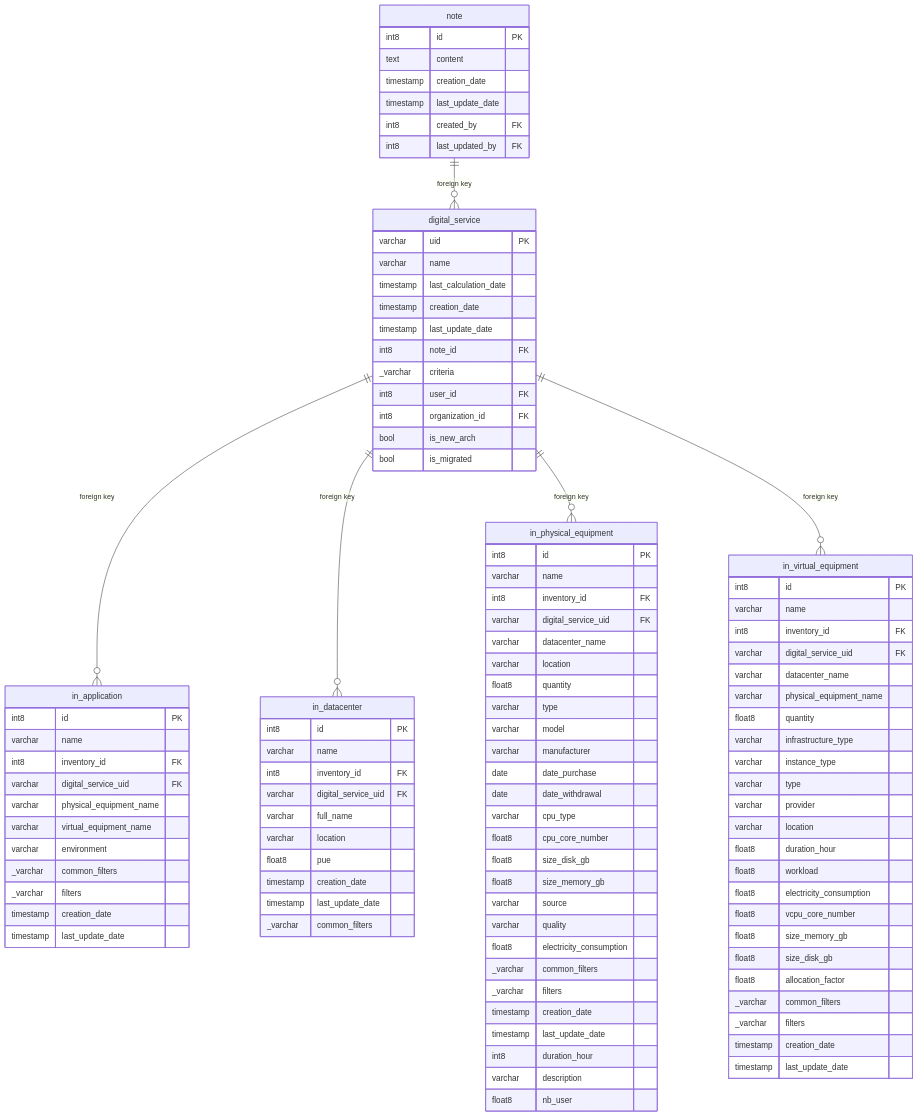
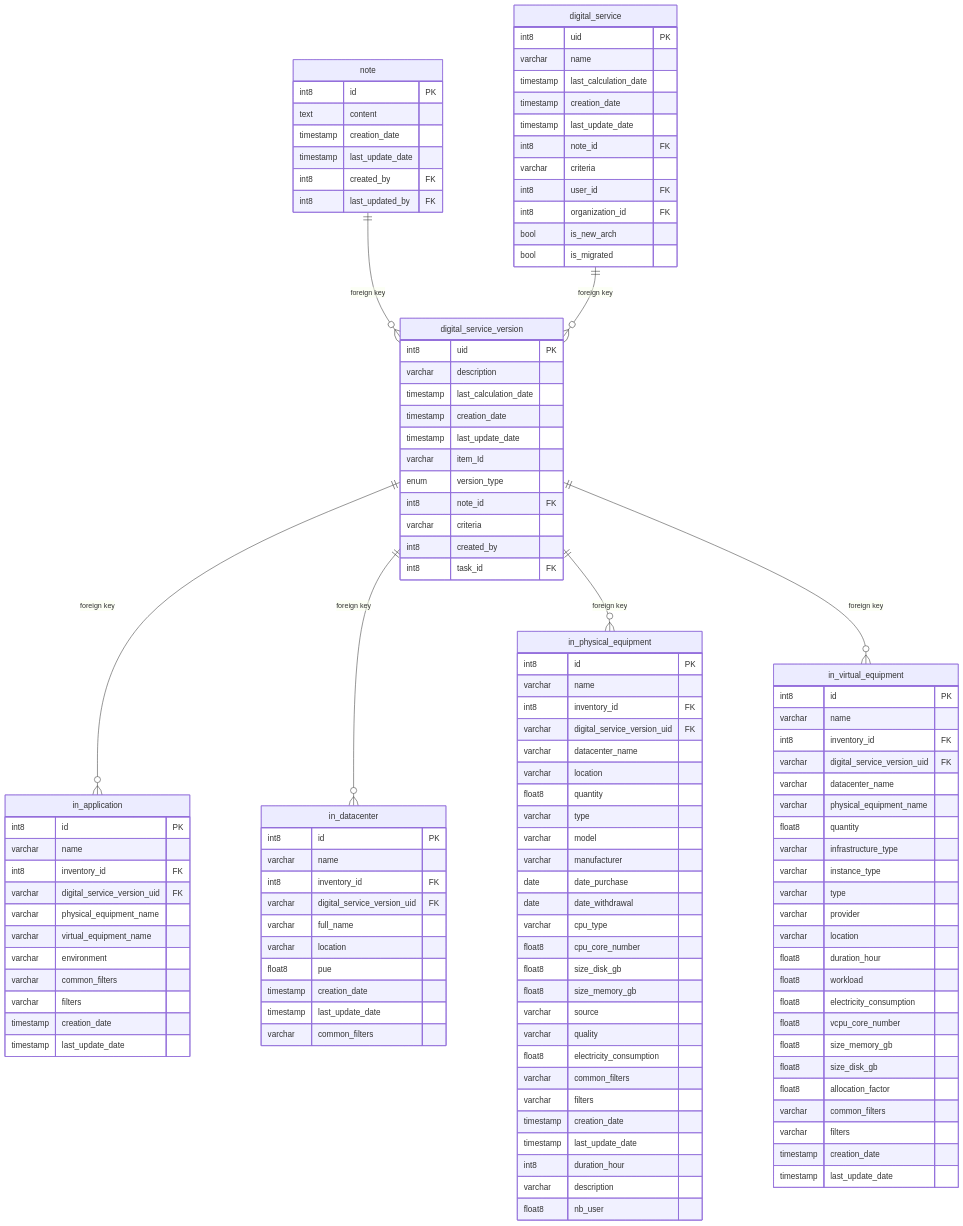
The diagram in services/documentation/content/3-technical-documentation/4-backend_documentation/db_documentation/information_system_and_digital_service_input_data/digital_service_input_data/input.md (teamg4it/g4it), drawn with Mermaid before and after one commit. The commit also changed other lines of this file and 4 other files, not shown here.

Commit message:
feat/1645 update the db input tables for digital service

````diff
--- a/services/documentation/content/3-technical-documentation/4-backend_documentation/db_documentation/information_system_and_digital_service_input_data/digital_service_input_data/input.md
+++ b/services/documentation/content/3-technical-documentation/4-backend_documentation/db_documentation/information_system_and_digital_service_input_data/digital_service_input_data/input.md
@@ -8,108 +8,123 @@
 ```mermaid
-erDiagram 
+erDiagram
 
-  note {
-    int8 id PK
-    text content
-    timestamp creation_date
-    timestamp last_update_date
-    int8 created_by FK
-    int8 last_updated_by FK
-  }
-  digital_service {
-    varchar uid PK
-    varchar name
-    timestamp last_calculation_date
-    timestamp creation_date
-    timestamp last_update_date
-    int8 note_id FK
-    _varchar criteria
-    int8 user_id FK
-    int8 organization_id FK
-    bool is_new_arch
-    bool is_migrated
-  }
-  in_application {
+  note {     
+    int8 id PK     
+    text content     
+    timestamp creation_date     
+    timestamp last_update_date     
+    int8 created_by FK     
+    int8 last_updated_by FK   
+}
+  digital_service{     
+    int8 uid PK     
+    varchar name     
+    timestamp last_calculation_date     
+    timestamp creation_date     
+    timestamp last_update_date     
+    int8 note_id FK     
+    varchar criteria     
+    int8 user_id FK     
+    int8 organization_id FK     
+    bool is_new_arch     
+    bool is_migrated   
+}
+   
+  digital_service_version{     
+    int8 uid PK     
+    varchar description     
+    timestamp last_calculation_date     
+    timestamp creation_date     
+    timestamp last_update_date     
+    varchar item_Id     
+    enum version_type     
+    int8 note_id FK     
+    varchar criteria     
+    int8 created_by     
+    int8 task_id FK   
+}
+  in_application{     
+    int8 id PK     
+    varchar name     
+    int8 inventory_id FK     
+    varchar digital_service_version_uid FK     
+    varchar physical_equipment_name     
+    varchar virtual_equipment_name     
+    varchar environment     
+    varchar common_filters     
+    varchar filters     
+    timestamp creation_date     
+    timestamp last_update_date   
+}
+  in_datacenter{
     int8 id PK
     varchar name
-    int8 inventory_id FK
-    varchar digital_service_uid FK
-    varchar physical_equipment_name
-    varchar virtual_equipment_name
-    varchar environment
-    _varchar common_filters
-    _varchar filters
-    timestamp creation_date
-    timestamp last_update_date
-  }
-  in_datacenter {
-    int8 id PK
-    varchar name
-    int8 inventory_id FK
-    varchar digital_service_uid FK
+    int8 inventory_id FK     
+    varchar digital_service_version_uid FK     
     varchar full_name
     varchar location
     float8 pue
     timestamp creation_date
-    timestamp last_update_date
-    _varchar common_filters
-  }
-  in_physical_equipment {
+    timestamp last_update_date     
+    varchar common_filters   
+}
+  in_physical_equipment{     
     int8 id PK
-    varchar name
-    int8 inventory_id FK
-    varchar digital_service_uid FK
-    varchar datacenter_name
-    varchar location
-    float8 quantity
-    varchar type
-    varchar model
-    varchar manufacturer
-    date date_purchase
-    date date_withdrawal
-    varchar cpu_type
-    float8 cpu_core_number
-    float8 size_disk_gb
-    float8 size_memory_gb
-    varchar source
-    varchar quality
-    float8 electricity_consumption
-    _varchar common_filters
-    _varchar filters
-    timestamp creation_date
-    timestamp last_update_date
-    int8 duration_hour
-    varchar description
-    float8 nb_user
-  }
-  in_virtual_equipment {
-    int8 id PK
-    varchar name
-    int8 inventory_id FK
-    varchar digital_service_uid FK
-    varchar datacenter_name
-    varchar physical_equipment_name
-    float8 quantity
-    varchar infrastructure_type
-    varchar instance_type
-    varchar type
-    varchar provider
-    varchar location
-    float8 duration_hour
-    float8 workload
-    float8 electricity_consumption
-    float8 vcpu_core_number
-    float8 size_memory_gb
-    float8 size_disk_gb
-    float8 allocation_factor
-    _varchar common_filters
-    _varchar filters
-    timestamp creation_date
-    timestamp last_update_date
-  }
-  note ||--o{ digital_service : "foreign key"
-  digital_service ||--o{ in_application : "foreign key"
-  digital_service ||--o{ in_datacenter : "foreign key"
-  digital_service ||--o{ in_physical_equipment : "foreign key"
-  digital_service ||--o{ in_virtual_equipment : "foreign key"
+    varchar name     
+    int8 inventory_id FK     
+    varchar digital_service_version_uid FK     
+    varchar datacenter_name     
+    varchar location     
+    float8 quantity     
+    varchar type     
+    varchar model     
+    varchar manufacturer     
+    date date_purchase     
+    date date_withdrawal     
+    varchar cpu_type     
+    float8 cpu_core_number     
+    float8 size_disk_gb     
+    float8 size_memory_gb     
+    varchar source     
+    varchar quality     
+    float8 electricity_consumption     
+    varchar common_filters     
+    varchar filters     
+    timestamp creation_date     
+    timestamp last_update_date     
+    int8 duration_hour     
+    varchar description     
+    float8 nb_user   
+}
+  in_virtual_equipment{     
+    int8 id PK     
+    varchar name     
+    int8 inventory_id FK     
+    varchar digital_service_version_uid FK     
+    varchar datacenter_name     
+    varchar physical_equipment_name     
+    float8 quantity     
+    varchar infrastructure_type     
+    varchar instance_type     
+    varchar type     
+    varchar provider     
+    varchar location     
+    float8 duration_hour     
+    float8 workload     
+    float8 electricity_consumption     
+    float8 vcpu_core_number     
+    float8 size_memory_gb     
+    float8 size_disk_gb     
+    float8 allocation_factor     
+    varchar common_filters     
+    varchar filters     
+    timestamp creation_date     
+    timestamp last_update_date   
+}
+  note ||--o{ digital_service_version : "foreign key"
+  digital_service ||--o{ digital_service_version : "foreign key"
+  digital_service_version ||--o{ in_application : "foreign key"
+  digital_service_version ||--o{ in_datacenter : "foreign key"
+  digital_service_version ||--o{ in_physical_equipment : "foreign key"
+  digital_service_version ||--o{ in_virtual_equipment : "foreign key"
 ``` 
````
